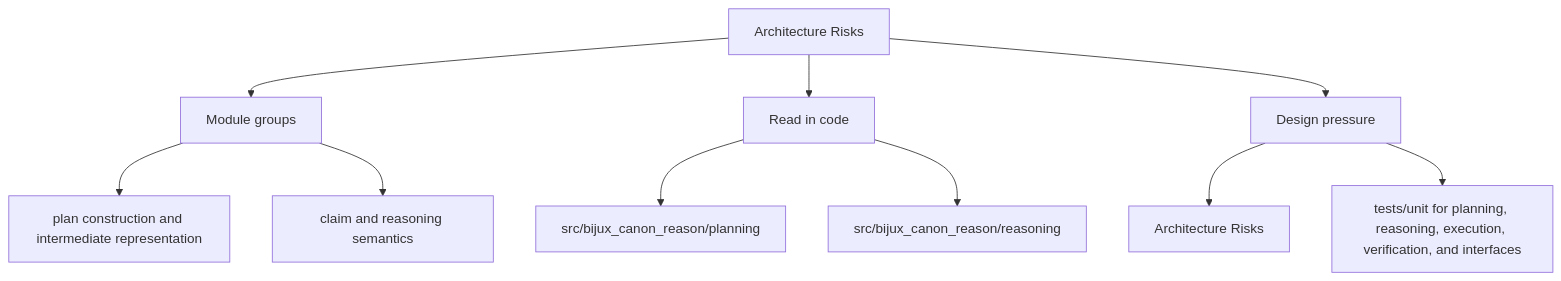
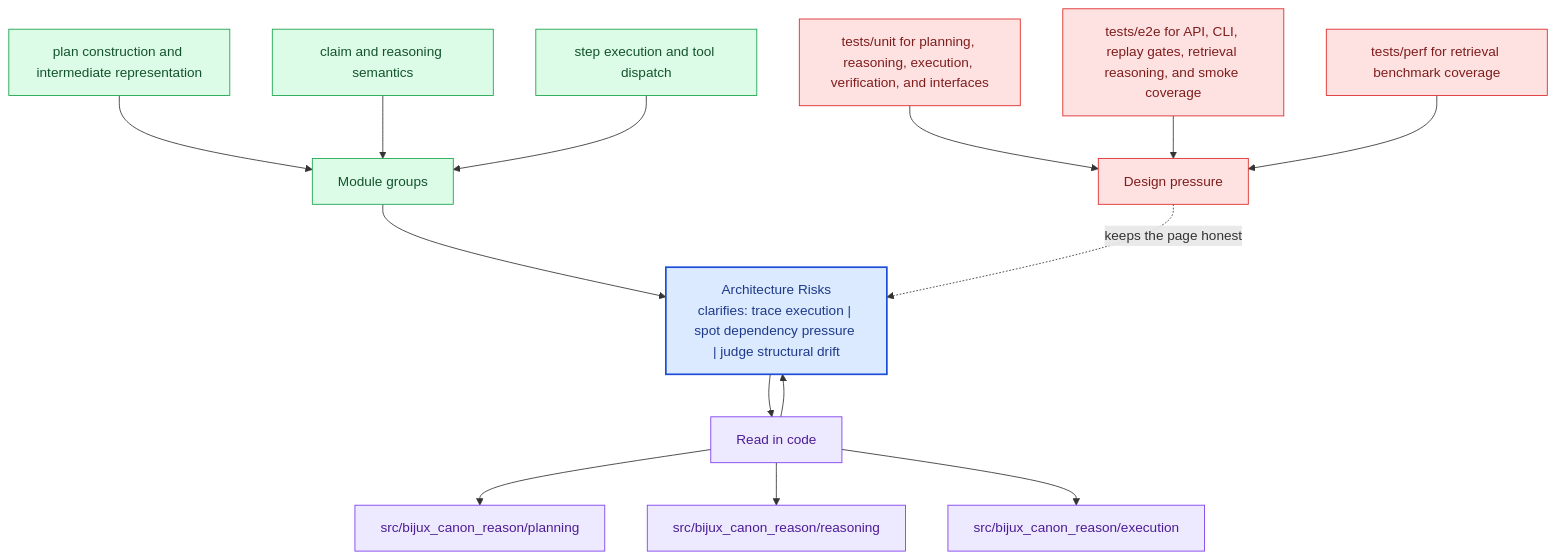
The second of 2 diagrams in docs/bijux-canon-reason/architecture/architecture-risks.md (bijux/bijux-canon), drawn with Mermaid before and after one commit. The commit also changed other lines of this file and 281 other files, not shown here.

Commit message:
docs(diagrams): deepen handbook mermaid maps across the catalog

````diff
--- a/docs/bijux-canon-reason/architecture/architecture-risks.md
+++ b/docs/bijux-canon-reason/architecture/architecture-risks.md
@@ -34,22 +67,40 @@
 ```mermaid
-flowchart TD
-    page["Architecture Risks"]
+flowchart TB
+    promise["Architecture Risks<br/>clarifies: trace execution | spot dependency pressure | judge structural drift"]
+    classDef promise fill:#dbeafe,stroke:#1d4ed8,color:#1e3a8a,stroke-width:2px;
+    classDef driver fill:#dcfce7,stroke:#16a34a,color:#14532d;
+    classDef constraint fill:#fee2e2,stroke:#dc2626,color:#7f1d1d;
+    classDef ground fill:#ede9fe,stroke:#7c3aed,color:#4c1d95;
     focus1["Module groups"]
-    page --> focus1
+    focus1 --> promise
     focus1_1["plan construction and intermediate representation"]
-    focus1 --> focus1_1
+    focus1_1 --> focus1
     focus1_2["claim and reasoning semantics"]
-    focus1 --> focus1_2
+    focus1_2 --> focus1
+    focus1_3["step execution and tool dispatch"]
+    focus1_3 --> focus1
+    class focus1 driver;
+    class focus1_1,focus1_2,focus1_3 driver;
     focus2["Read in code"]
-    page --> focus2
+    focus2 --> promise
+    promise --> focus2
     focus2_1["src/bijux_canon_reason/planning"]
     focus2 --> focus2_1
     focus2_2["src/bijux_canon_reason/reasoning"]
     focus2 --> focus2_2
+    focus2_3["src/bijux_canon_reason/execution"]
+    focus2 --> focus2_3
+    class focus2 ground;
+    class focus2_1,focus2_2,focus2_3 ground;
     focus3["Design pressure"]
-    page --> focus3
-    focus3_1["Architecture Risks"]
-    focus3 --> focus3_1
-    focus3_2["tests/unit for planning, reasoning, execution, verification, and interfaces"]
-    focus3 --> focus3_2
+    focus3 -.keeps the page honest.-> promise
+    focus3_1["tests/unit for planning, reasoning, execution, verification, and interfaces"]
+    focus3_1 --> focus3
+    focus3_2["tests/e2e for API, CLI, replay gates, retrieval reasoning, and smoke coverage"]
+    focus3_2 --> focus3
+    focus3_3["tests/perf for retrieval benchmark coverage"]
+    focus3_3 --> focus3
+    class focus3 constraint;
+    class focus3_1,focus3_2,focus3_3 constraint;
+    class promise promise;
 ```
````
